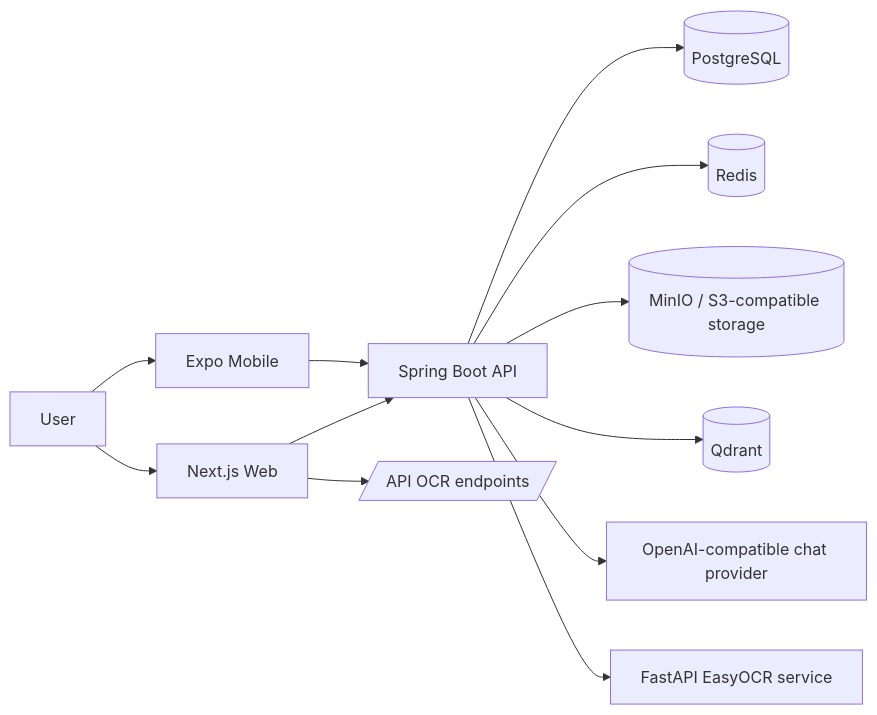
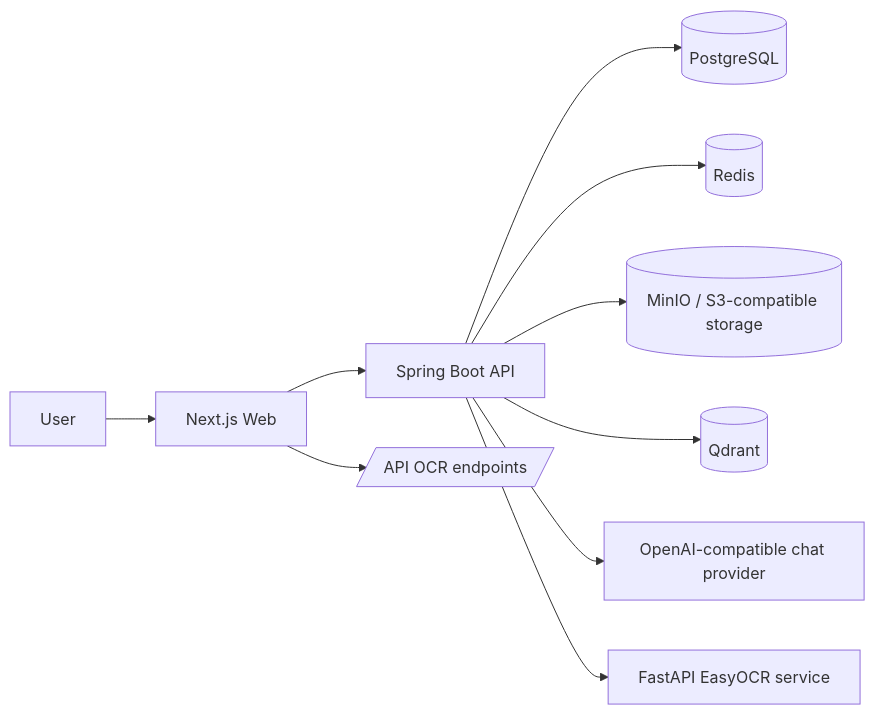
The diagram in docs/architecture.md (vuminhhieuu/health-lens), drawn with Mermaid before and after one commit. The commit also changed other lines of this file and 126 other files, not shown here.

````diff
--- a/docs/architecture.md
+++ b/docs/architecture.md
@@ -9,14 +9,12 @@
 ```mermaid
 flowchart LR
     User[User] --> Web[Next.js Web]
-    User --> Mobile[Expo Mobile]
     Web --> API[Spring Boot API]
-    Mobile --> API
     API --> DB[(PostgreSQL)]
     API --> Redis[(Redis)]
     API --> Storage[(MinIO / S3-compatible storage)]
     API --> Qdrant[(Qdrant)]
     API --> AIChat[OpenAI-compatible chat provider]
     API --> OCR[FastAPI EasyOCR service]
     Web --> OCRProxy[/API OCR endpoints/]
 ```
````
